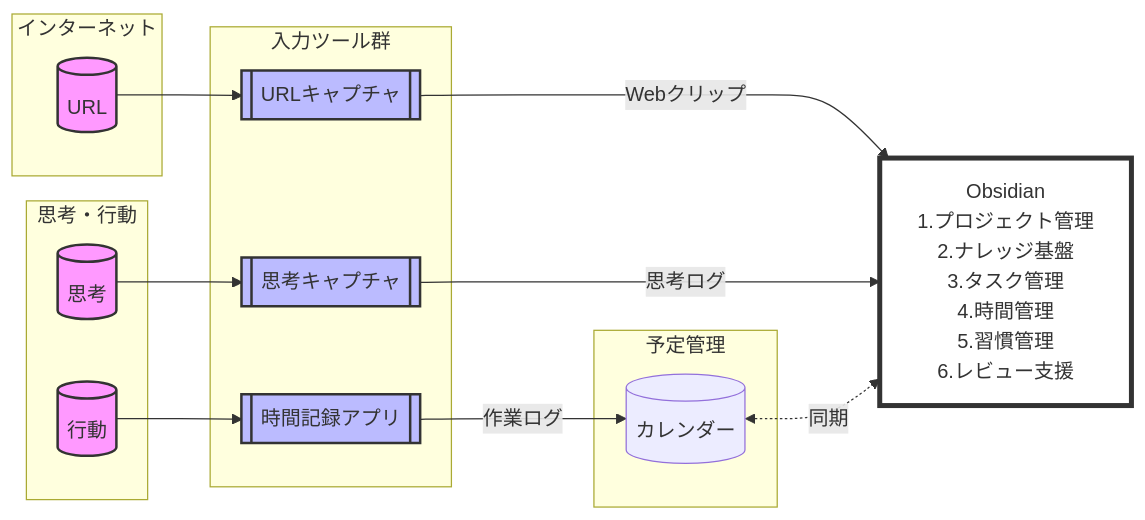
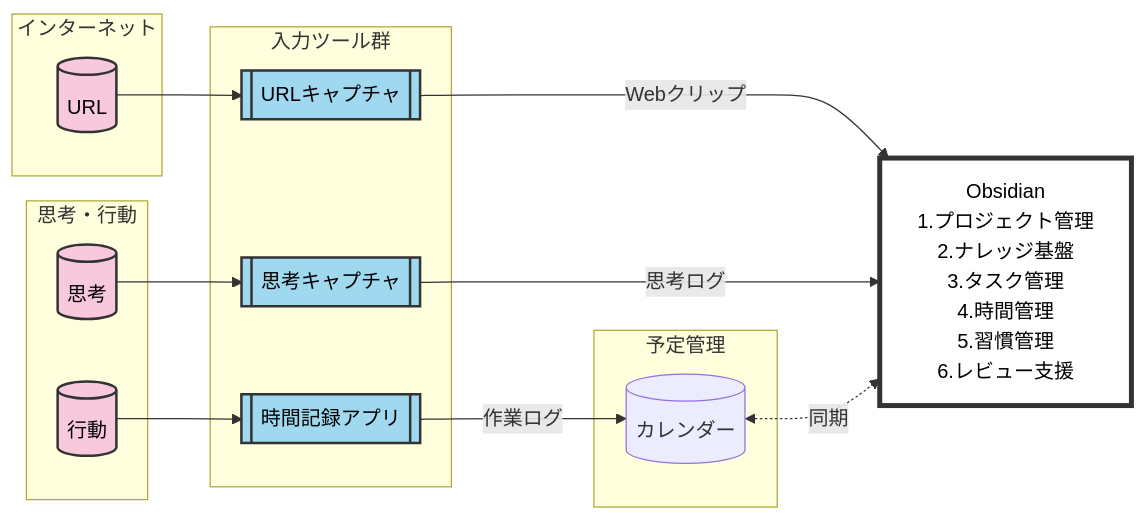
Before and after one commit to hironori-maruoka/zenn-express: the diagram in articles/obsidian-pkm-series-01-principles.md, drawn with Mermaid. The commit also changed other lines of this file, not shown here.

Commit message:
docs: change color

````diff
--- a/articles/obsidian-pkm-series-01-principles.md
+++ b/articles/obsidian-pkm-series-01-principles.md
@@ -19,44 +20,44 @@
 ```mermaid
 flowchart LR
     %% ノード定義：インプット
     subgraph External["インターネット"]
         WebInfo[("URL")]
     end
 
     subgraph User["思考・行動"]
         Thought[("思考")]
         Work[("行動")]
     end
 
     subgraph Tools["入力ツール群"]
         Clipper[["URLキャプチャ"]]
         Memos[["思考キャプチャ"]]
         App3x3[["時間記録アプリ"]]
     end
 
     subgraph Intermediate["予定管理"]
         iOSCal[("カレンダー")]
     end
 
     OBSIDIAN["Obsidian<br/>1.プロジェクト管理<br/>2.ナレッジ基盤<br/>3.タスク管理<br/>4.時間管理<br/>5.習慣管理<br/>6.レビュー支援"]
 
     %% データフロー
     WebInfo --> Clipper
     Clipper -- "Webクリップ" --> OBSIDIAN
 
     Thought --> Memos
     Memos -- "思考ログ" --> OBSIDIAN
 
     Work --> App3x3
     App3x3 -- "作業ログ" --> iOSCal
     iOSCal <-. "同期" .-> OBSIDIAN
 
-    %% スタイル
-    classDef input fill:#f9f,stroke:#333,stroke-width:2px;
-    classDef tool fill:#bbf,stroke:#333,stroke-width:2px;
-    classDef main fill:#fff,stroke:#333,stroke-width:4px;
+    %% スタイル変更点
+    classDef input fill:#f8c8dc,stroke:#333,stroke-width:2px,color:#000;
+    classDef tool fill:#a0d8ef,stroke:#333,stroke-width:2px,color:#000;
+    classDef main fill:#ffffff,stroke:#333,stroke-width:4px,color:#000;
     
     class WebInfo,Thought,Work input;
     class Clipper,Memos,App3x3 tool;
     class OBSIDIAN main;
 ```
````
